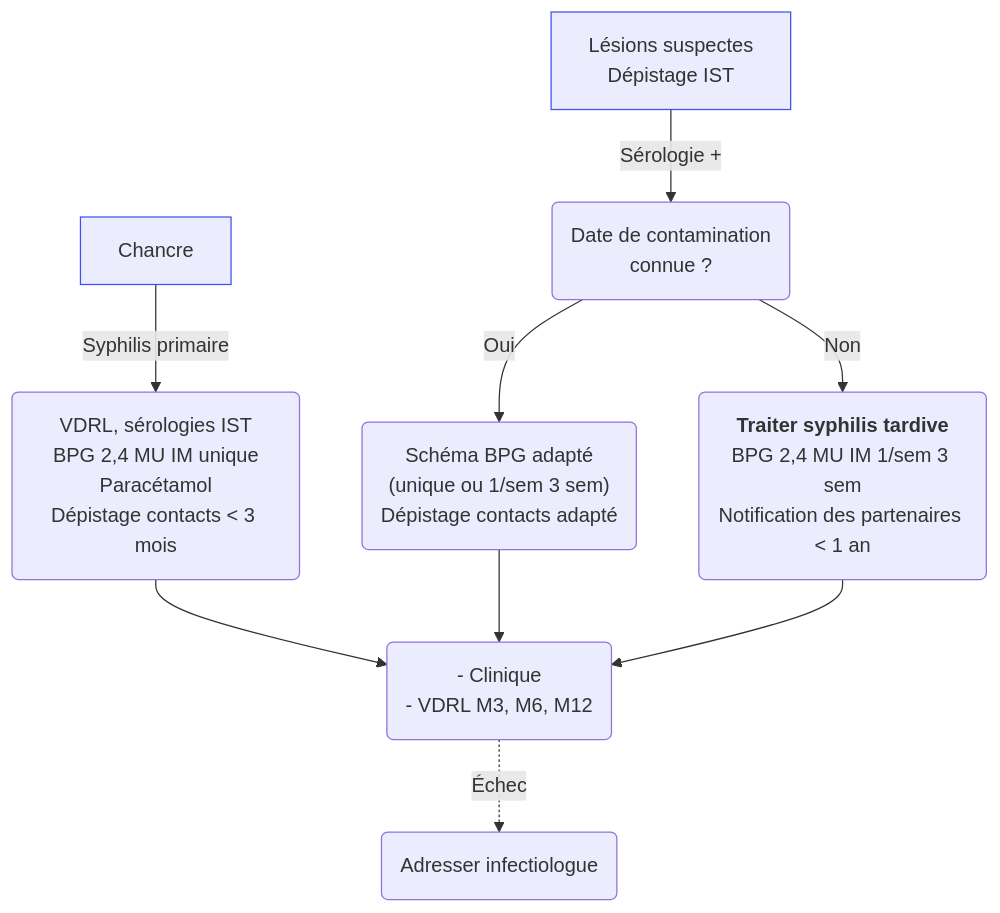
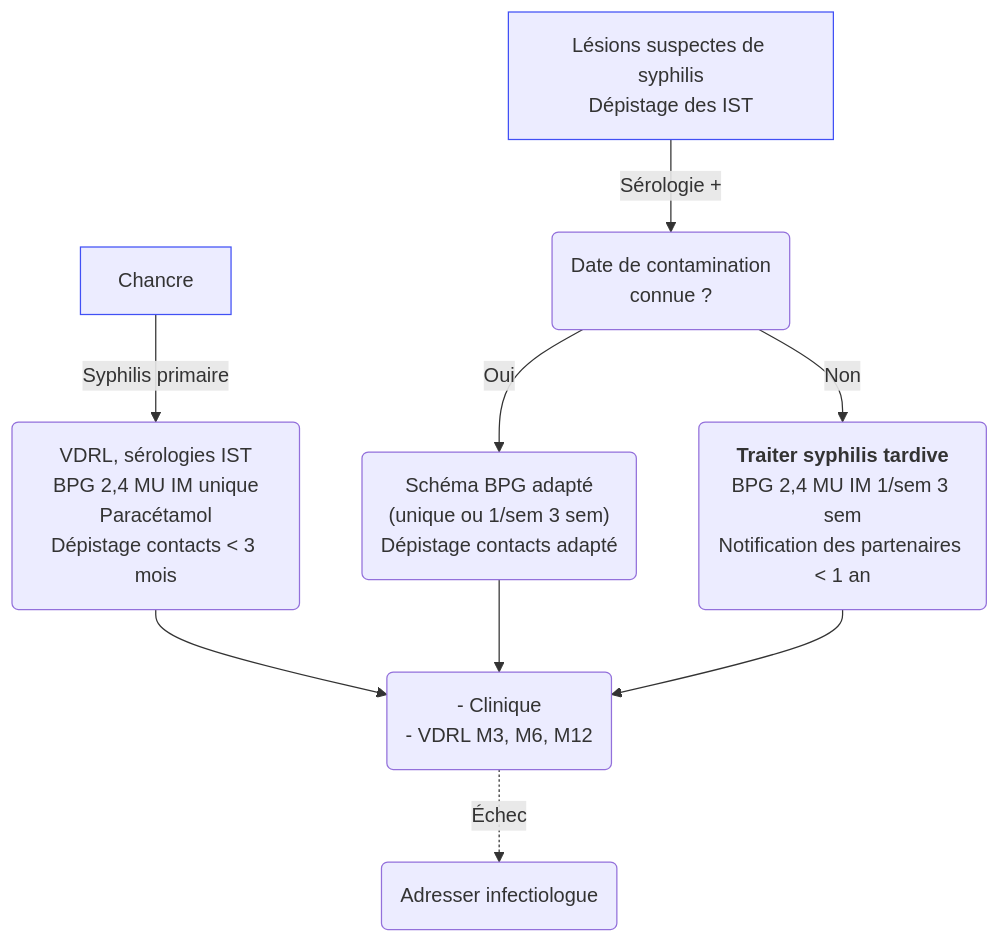
One commit to djibe/recommandations-medicales changed the diagram in content/recommandations/syphilis.md. Above: the diagram before and after it, drawn with Mermaid. The commit also changed other lines of this file and 29 other files, not shown here.

```diff
--- a/content/recommandations/syphilis.md
+++ b/content/recommandations/syphilis.md
@@ -359,11 +363,11 @@
 {{< mermaid title="Conduite à tenir pour le diagnostic et la prise en charge de la syphilis. Dr JB Fron d'après SFDermato 2016" >}}
 graph TB
   chancre[Chancre] -- Syphilis primaire --> ttt("VDRL, sérologies IST<br>BPG 2,4 MU IM unique<br>Paracétamol<br>Dépistage contacts &lt; 3 mois")
   style chancre stroke:#4150f5, stroke-width:1px
     ttt --> surv("- Clinique<br>- VDRL M3, M6, M12")
       surv -. Échec .-> echec(Adresser infectiologue)
-  clinique["Lésions suspectes<br>Dépistage IST"] -- Sérologie + --> anciennete("Date de contamination<br>connue ?")
+  clinique["Lésions suspectes de syphilis<br>Dépistage des IST"] -- Sérologie + --> anciennete("Date de contamination<br>connue ?")
   style clinique stroke:#4150f5, stroke-width:1px
     anciennete -- Oui --> adapte("Schéma BPG adapté<br>(unique ou 1/sem 3 sem)<br>Dépistage contacts adapté") --> surv
     anciennete -- Non --> tardive("<b>Traiter syphilis tardive</b><br>BPG 2,4 MU IM 1/sem 3 sem<br>Notification des partenaires &lt; 1 an") --> surv
 {{< /mermaid >}}
```
